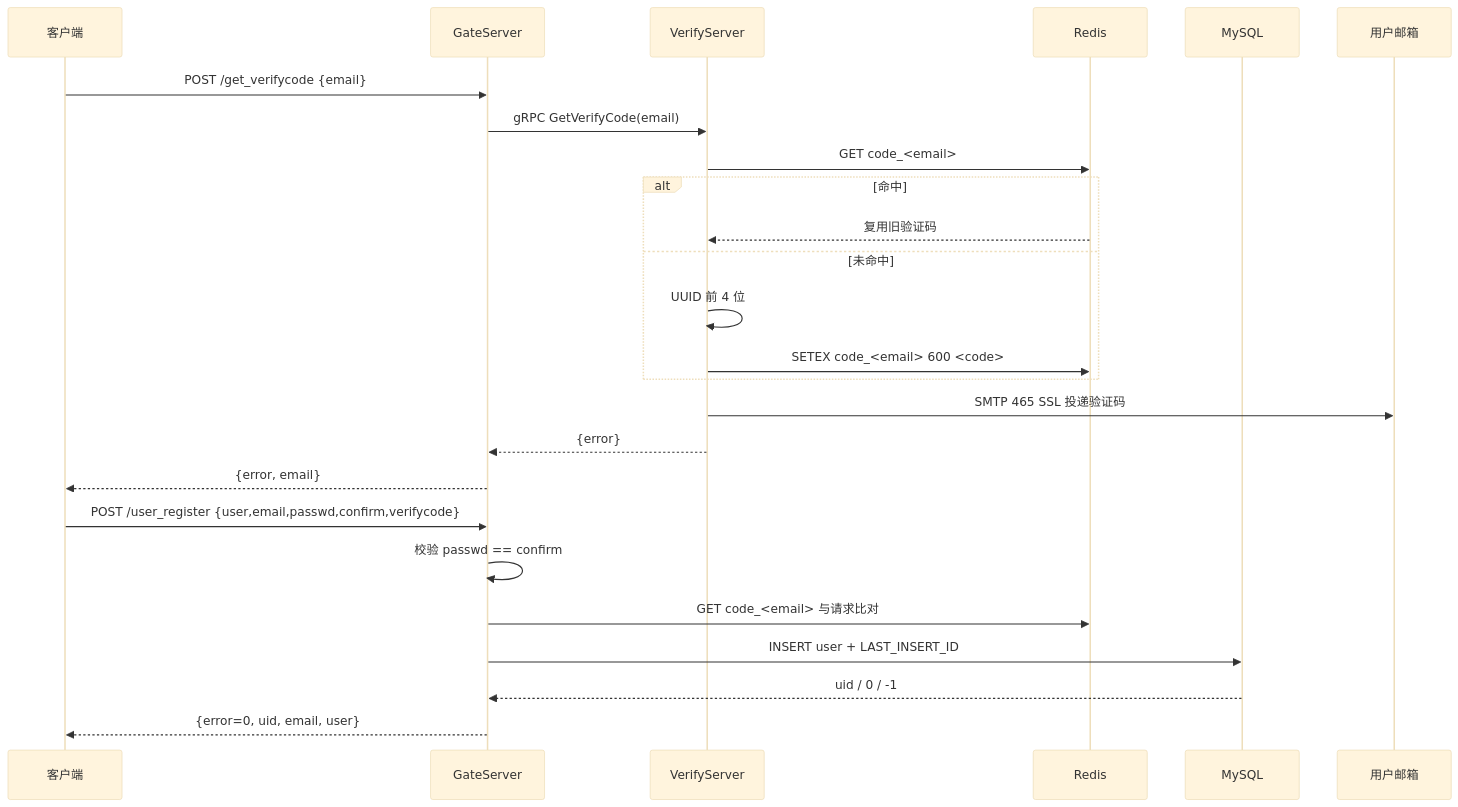
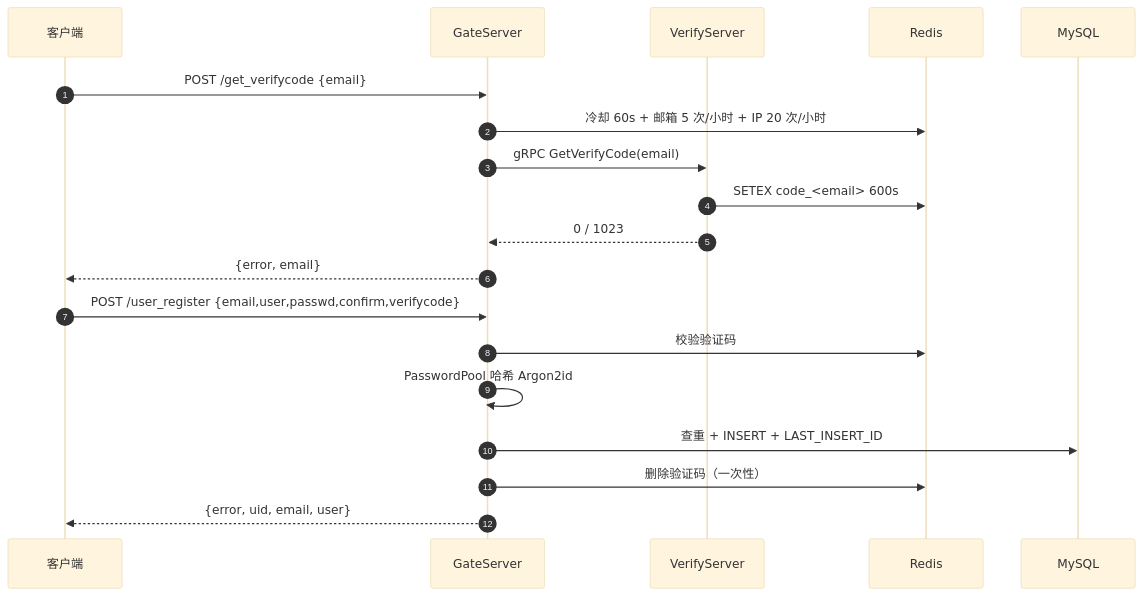
The third of 6 diagrams in docs/01-architecture.md (yrc920/yunjian), drawn with Mermaid (base theme) before and after one commit. The commit also changed other lines of this file and 49 other files, not shown here.

````diff
--- a/docs/01-architecture.md
+++ b/docs/01-architecture.md
@@ -110,29 +74,22 @@
 ```mermaid
 sequenceDiagram
-    participant C as 客户端
+    autonumber
+    participant U as 客户端
     participant G as GateServer
     participant V as VerifyServer
     participant R as Redis
     participant M as MySQL
-    participant E as 用户邮箱
 
-    C->>G: POST /get_verifycode {email}
+    U->>G: POST /get_verifycode {email}
+    G->>R: 冷却 60s + 邮箱 5 次/小时 + IP 20 次/小时
     G->>V: gRPC GetVerifyCode(email)
-    V->>R: GET code_#lt;email#gt;
-    alt 命中
-        R-->>V: 复用旧验证码
-    else 未命中
-        V->>V: UUID 前 4 位
-        V->>R: SETEX code_#lt;email#gt; 600 #lt;code#gt;
-    end
-    V->>E: SMTP 465 SSL 投递验证码
-    V-->>G: {error}
-    G-->>C: {error, email}
-
-    C->>G: POST /user_register {user,email,passwd,confirm,verifycode}
-    G->>G: 校验 passwd == confirm
-    G->>R: GET code_#lt;email#gt; 与请求比对
-    G->>M: INSERT user + LAST_INSERT_ID
-    M-->>G: uid / 0 / -1
-    G-->>C: {error=0, uid, email, user}
+    V->>R: SETEX code_<email> 600s
+    V-->>G: 0 / 1023
+    G-->>U: {error, email}
+    U->>G: POST /user_register {email,user,passwd,confirm,verifycode}
+    G->>R: 校验验证码
+    G->>G: PasswordPool 哈希 Argon2id
+    G->>M: 查重 + INSERT + LAST_INSERT_ID
+    G->>R: 删除验证码（一次性）
+    G-->>U: {error, uid, email, user}
 ```
````
